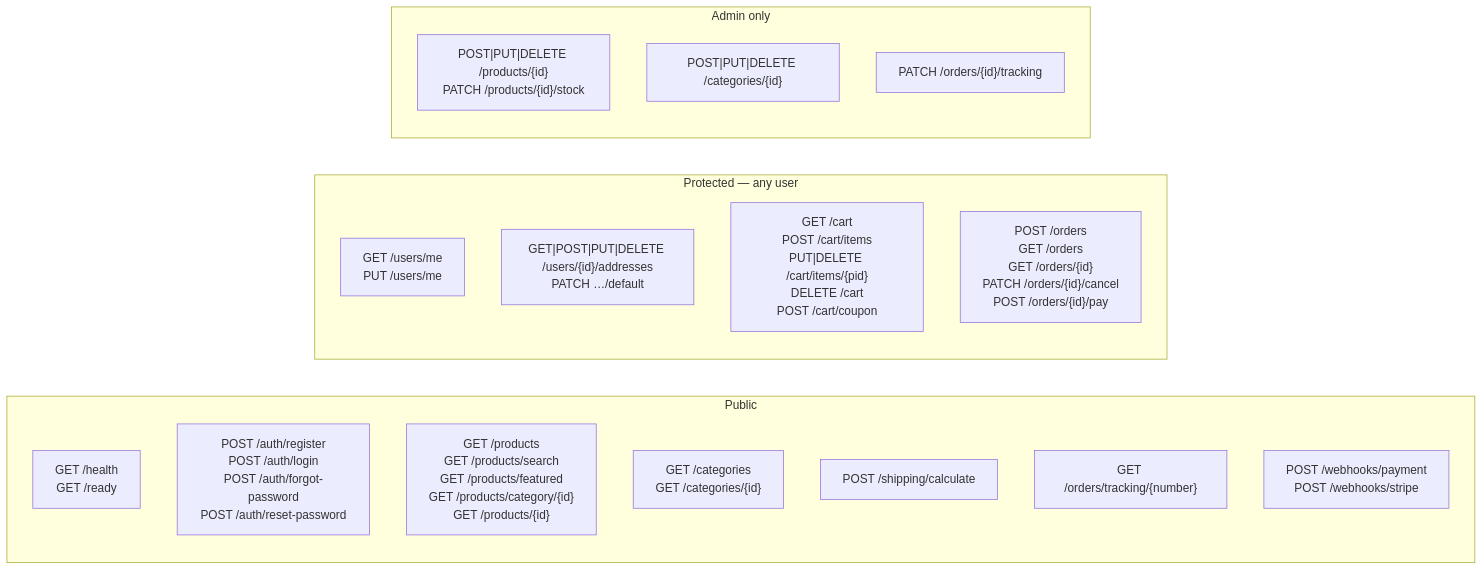
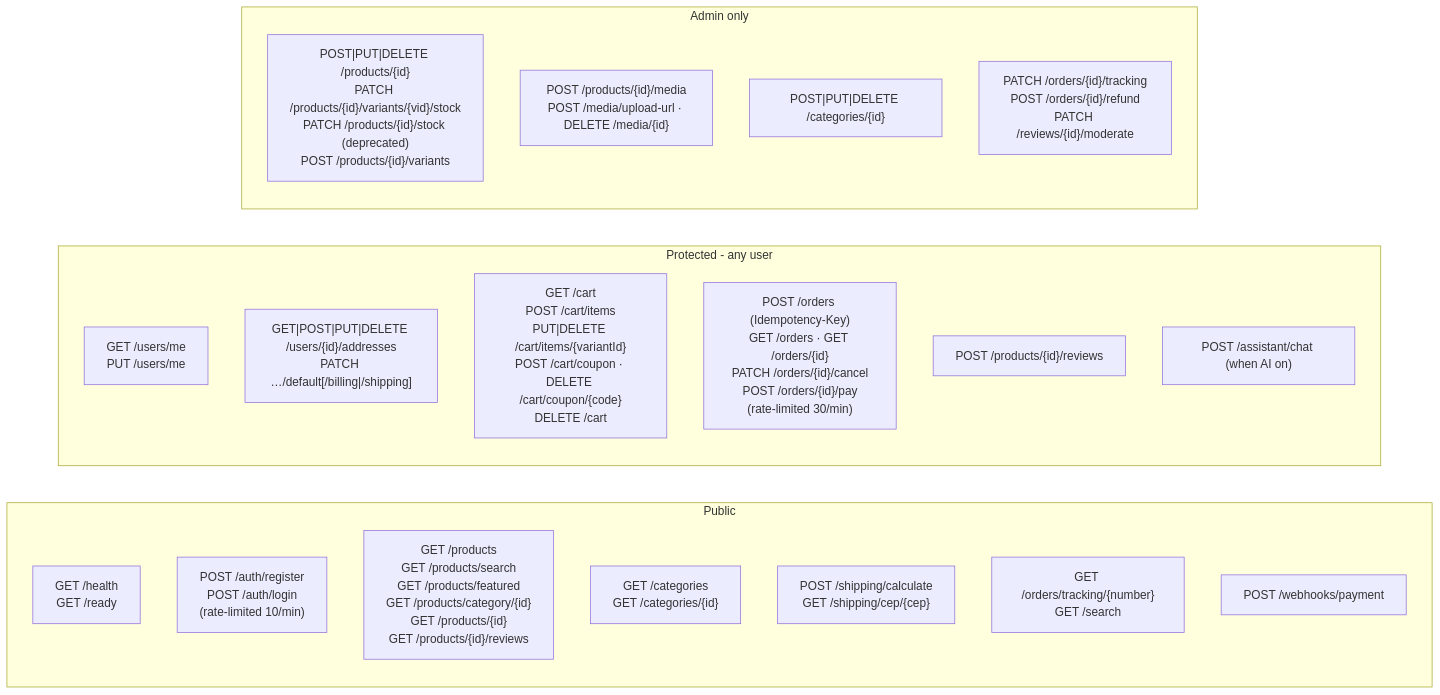
The second of 3 diagrams in readme.md (Bulletdev/bullet-commerce), drawn with Mermaid before and after one commit. The commit also changed other lines of this file and 31 other files, not shown here.

````diff
--- a/readme.md
+++ b/readme.md
@@ -220,25 +290,28 @@
 ```mermaid
 graph LR
     subgraph "Public"
         H["GET /health\nGET /ready"]
-        Auth["POST /auth/register\nPOST /auth/login\nPOST /auth/forgot-password\nPOST /auth/reset-password"]
-        Prod["GET /products\nGET /products/search\nGET /products/featured\nGET /products/category/{id}\nGET /products/{id}"]
+        Auth["POST /auth/register\nPOST /auth/login\n(rate-limited 10/min)"]
+        Prod["GET /products\nGET /products/search\nGET /products/featured\nGET /products/category/{id}\nGET /products/{id}\nGET /products/{id}/reviews"]
         Cat["GET /categories\nGET /categories/{id}"]
-        Ship["POST /shipping/calculate"]
-        Track["GET /orders/tracking/{number}"]
-        WH["POST /webhooks/payment\nPOST /webhooks/stripe"]
+        Ship["POST /shipping/calculate\nGET /shipping/cep/{cep}"]
+        Track["GET /orders/tracking/{number}\nGET /search"]
+        WH["POST /webhooks/payment"]
     end
 
-    subgraph "Protected — any user"
+    subgraph "Protected - any user"
         Me["GET /users/me\nPUT /users/me"]
-        Addr["GET|POST|PUT|DELETE /users/{id}/addresses\nPATCH …/default"]
-        Cart["GET /cart\nPOST /cart/items\nPUT|DELETE /cart/items/{pid}\nDELETE /cart\nPOST /cart/coupon"]
-        Orders["POST /orders\nGET /orders\nGET /orders/{id}\nPATCH /orders/{id}/cancel\nPOST /orders/{id}/pay"]
+        Addr["GET|POST|PUT|DELETE /users/{id}/addresses\nPATCH …/default[/billing|/shipping]"]
+        Cart["GET /cart\nPOST /cart/items\nPUT|DELETE /cart/items/{variantId}\nPOST /cart/coupon · DELETE /cart/coupon/{code}\nDELETE /cart"]
+        Orders["POST /orders (Idempotency-Key)\nGET /orders · GET /orders/{id}\nPATCH /orders/{id}/cancel\nPOST /orders/{id}/pay\n(rate-limited 30/min)"]
+        Rev["POST /products/{id}/reviews"]
+        AI["POST /assistant/chat (when AI on)"]
     end
 
     subgraph "Admin only"
-        ProdAdmin["POST|PUT|DELETE /products/{id}\nPATCH /products/{id}/stock"]
+        ProdAdmin["POST|PUT|DELETE /products/{id}\nPATCH /products/{id}/variants/{vid}/stock\nPATCH /products/{id}/stock (deprecated)\nPOST /products/{id}/variants"]
+        Media["POST /products/{id}/media\nPOST /media/upload-url · DELETE /media/{id}"]
         CatAdmin["POST|PUT|DELETE /categories/{id}"]
-        OrdAdmin["PATCH /orders/{id}/tracking"]
+        OrdAdmin["PATCH /orders/{id}/tracking\nPOST /orders/{id}/refund\nPATCH /reviews/{id}/moderate"]
     end
 ```
````
